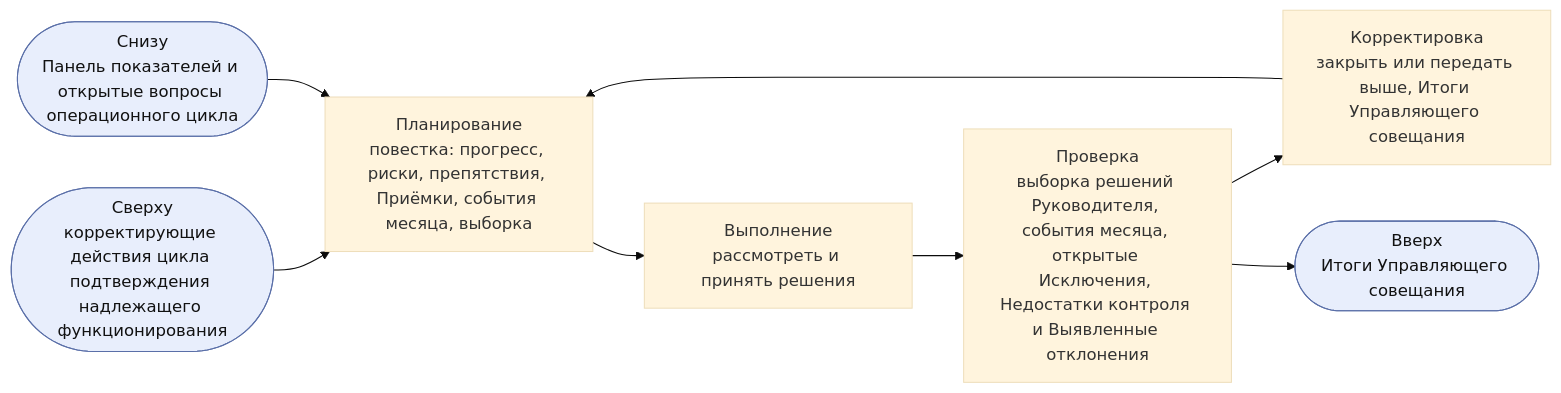
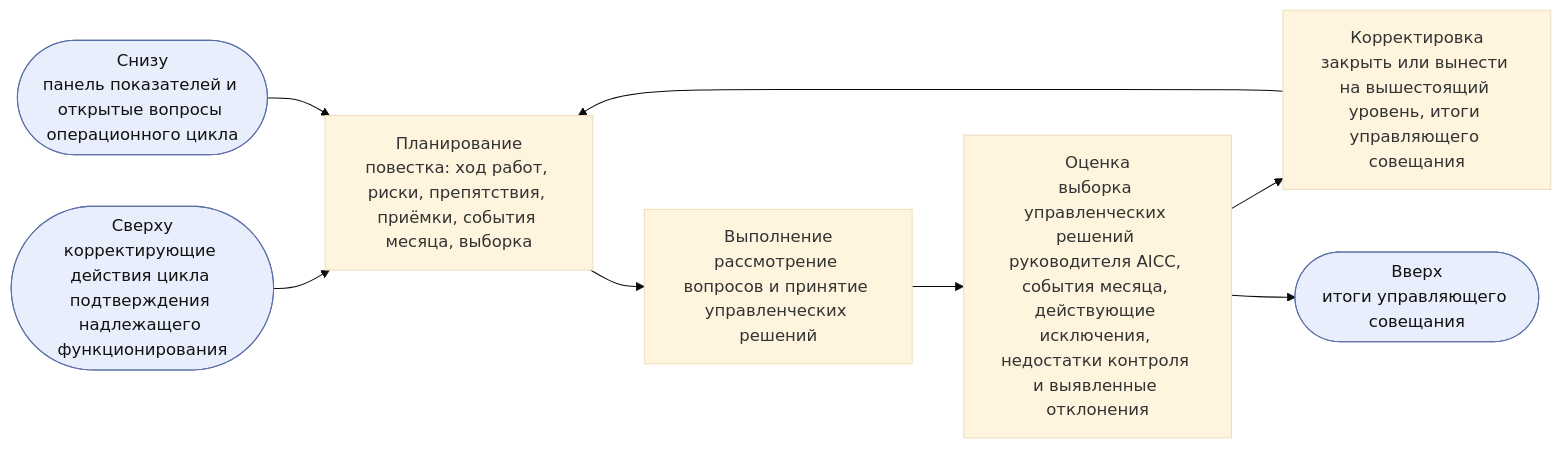
Before and after one commit to devhogu/ob-aicc: the fourth of 8 diagrams in charter/ru/documents/operating-model.md, drawn with Mermaid (base theme). The commit also changed other lines of this file and 2 other files, not shown here.

````diff
--- a/charter/ru/documents/operating-model.md
+++ b/charter/ru/documents/operating-model.md
@@ -207,8 +207,8 @@
 ```mermaid
 flowchart LR
   IN(["Сверху<br/>корректирующие действия цикла подтверждения надлежащего функционирования"]):::iface --> P
-  P["Планирование<br/>повестка: прогресс, риски, препятствия, Приёмки, события месяца, выборка"] --> D["Выполнение<br/>рассмотреть и принять решения"] --> C["Проверка<br/>выборка решений Руководителя, события месяца, открытые Исключения, Недостатки контроля и Выявленные отклонения"] --> A["Корректировка<br/>закрыть или передать выше, Итоги Управляющего совещания"] --> P
-  EV(["Снизу<br/>Панель показателей и открытые вопросы операционного цикла"]):::iface --> P
-  C --> UP(["Вверх<br/>Итоги Управляющего совещания"]):::iface
+  P["Планирование<br/>повестка: ход работ, риски, препятствия, приёмки, события месяца, выборка"] --> D["Выполнение<br/>рассмотрение вопросов и принятие управленческих решений"] --> C["Оценка<br/>выборка управленческих решений руководителя AICC, события месяца, действующие исключения, недостатки контроля и выявленные отклонения"] --> A["Корректировка<br/>закрыть или вынести на вышестоящий уровень, итоги управляющего совещания"] --> P
+  EV(["Снизу<br/>панель показателей и открытые вопросы операционного цикла"]):::iface --> P
+  C --> UP(["Вверх<br/>итоги управляющего совещания"]):::iface
   classDef iface fill:#e8eefc,stroke:#5a6fa8,color:#111
 ```
````
